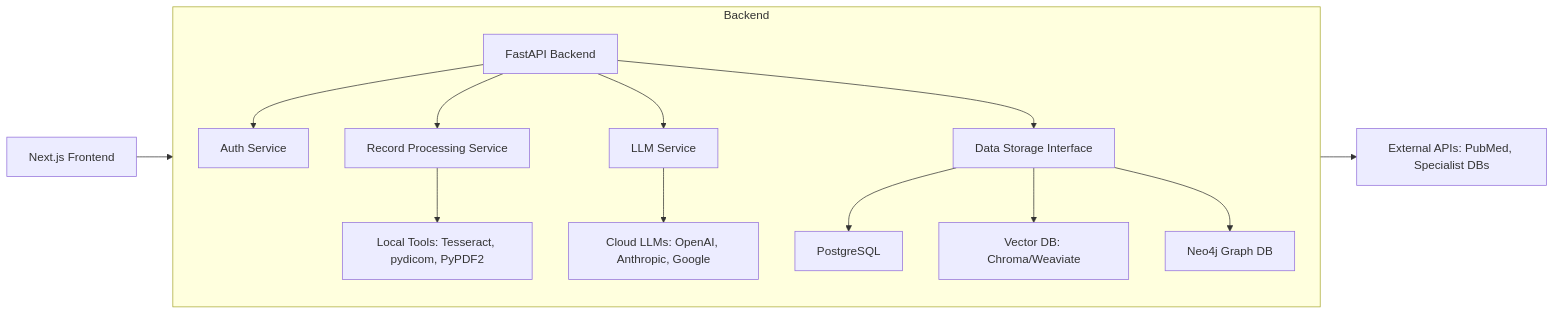
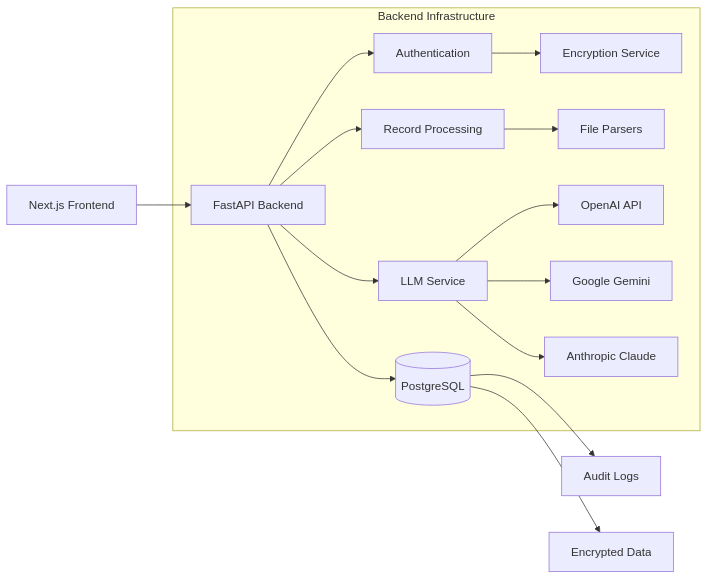
One commit to potalora/ai-web-records-app changed the diagram in README.md. Above: the diagram before and after it, drawn with Mermaid. The commit also changed other lines of this file and 5 other files, not shown here.

````diff
--- a/README.md
+++ b/README.md
@@ -159,20 +72,20 @@
 ```mermaid
 graph LR
-  Frontend[Next.js Frontend] --> BackendAPI[FastAPI Backend]
-
-  subgraph Backend
-    direction TB
-    BackendAPI --> Auth[Auth Service]
-    BackendAPI --> RecordProcessing[Record Processing Service]
-    BackendAPI --> LLMService[LLM Service]
-    BackendAPI --> Storage[Data Storage Interface]
-
-    RecordProcessing --> LocalTools[Local Tools: Tesseract, pydicom, PyPDF2]
-    LLMService --> CloudLLMs[Cloud LLMs: OpenAI, Anthropic, Google]
-    Storage --> PostgreSQL[PostgreSQL]
-    Storage --> VectorDB[Vector DB: Chroma/Weaviate]
-    Storage --> Neo4j[Neo4j Graph DB]
+  Frontend[Next.js Frontend] --> API[FastAPI Backend]
+  
+  subgraph Backend Infrastructure
+    API --> Auth[Authentication]
+    API --> Records[Record Processing]
+    API --> LLM[LLM Service]
+    API --> DB[(PostgreSQL)]
+    
+    Auth --> Security[Encryption Service]
+    Records --> Parser[File Parsers]
+    LLM --> OpenAI[OpenAI API]
+    LLM --> Google[Google Gemini]
+    LLM --> Anthropic[Anthropic Claude]
   end
-
-  CloudLLMs --> ExternalAPIs[External APIs: PubMed, Specialist DBs]
+  
+  DB --> Audit[Audit Logs]
+  DB --> Encrypted[Encrypted Data]
 ```
````
